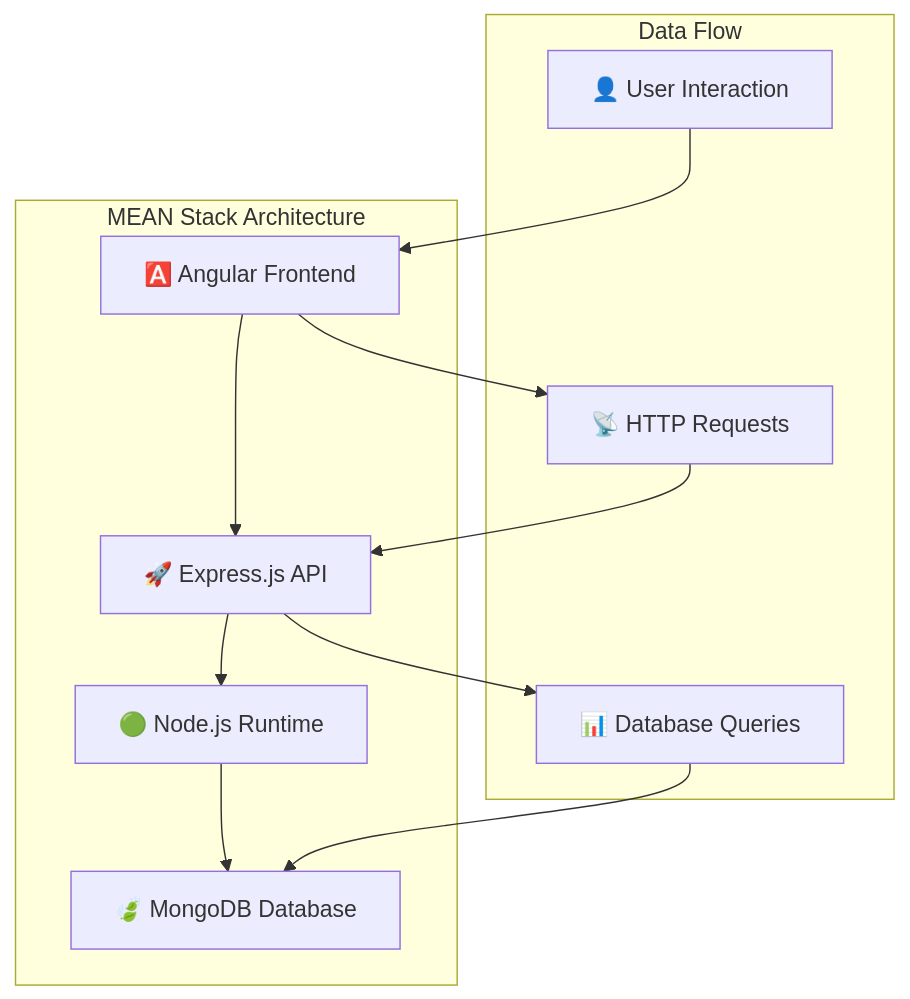
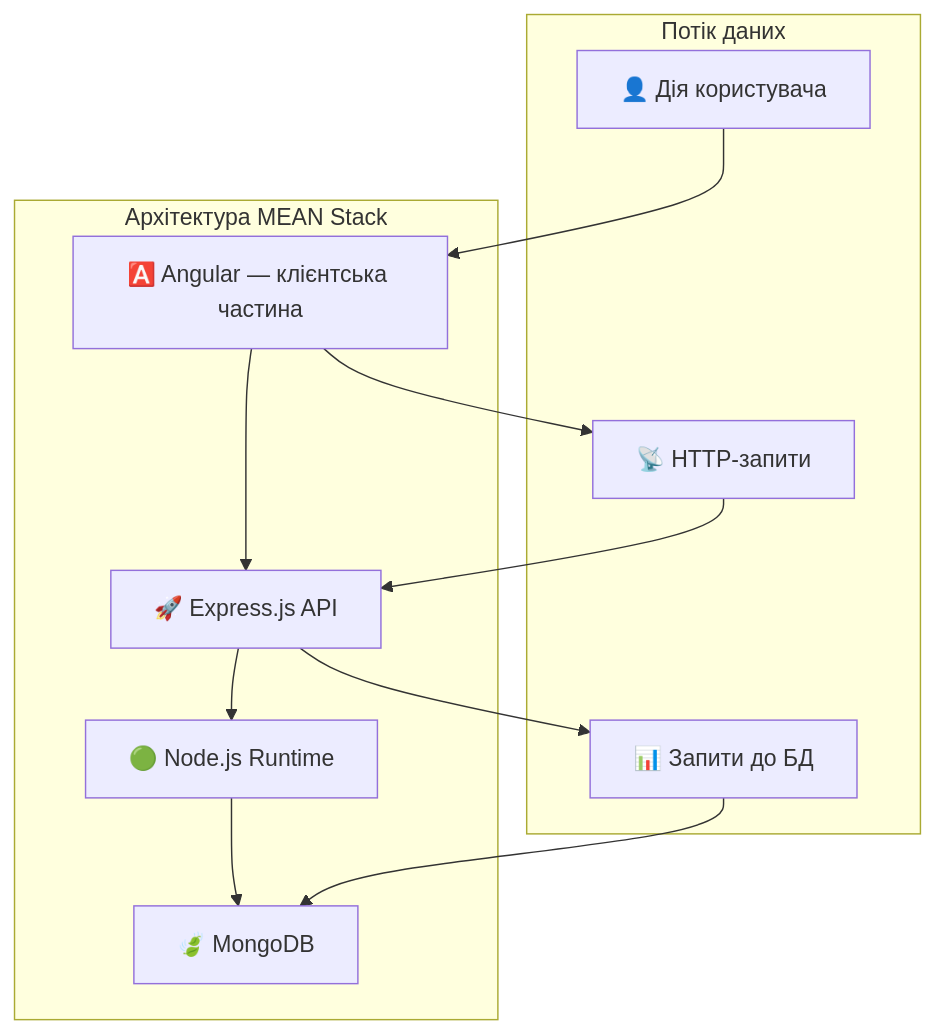
Before and after one commit to olroi421/course-web: diagram 15 of 19 in lectures/lecture-01.md, drawn with Mermaid. The commit also changed other lines of this file and 4 other files, not shown here.

````diff
--- a/lectures/lecture-01.md
+++ b/lectures/lecture-01.md
@@ -1028,16 +1080,16 @@
 ```mermaid
 graph TB
-    subgraph "MEAN Stack Architecture"
-        A[🅰️ Angular Frontend] --> B[🚀 Express.js API]
+    subgraph "Архітектура MEAN Stack"
+        A[🅰️ Angular — клієнтська частина] --> B[🚀 Express.js API]
         B --> C[🟢 Node.js Runtime]
-        C --> D[🍃 MongoDB Database]
+        C --> D[🍃 MongoDB]
     end
 
-    subgraph "Data Flow"
-        E[👤 User Interaction] --> A
-        A --> F[📡 HTTP Requests]
+    subgraph "Потік даних"
+        E[👤 Дія користувача] --> A
+        A --> F[📡 HTTP-запити]
         F --> B
-        B --> G[📊 Database Queries]
+        B --> G[📊 Запити до БД]
         G --> D
     end
 ```
````
